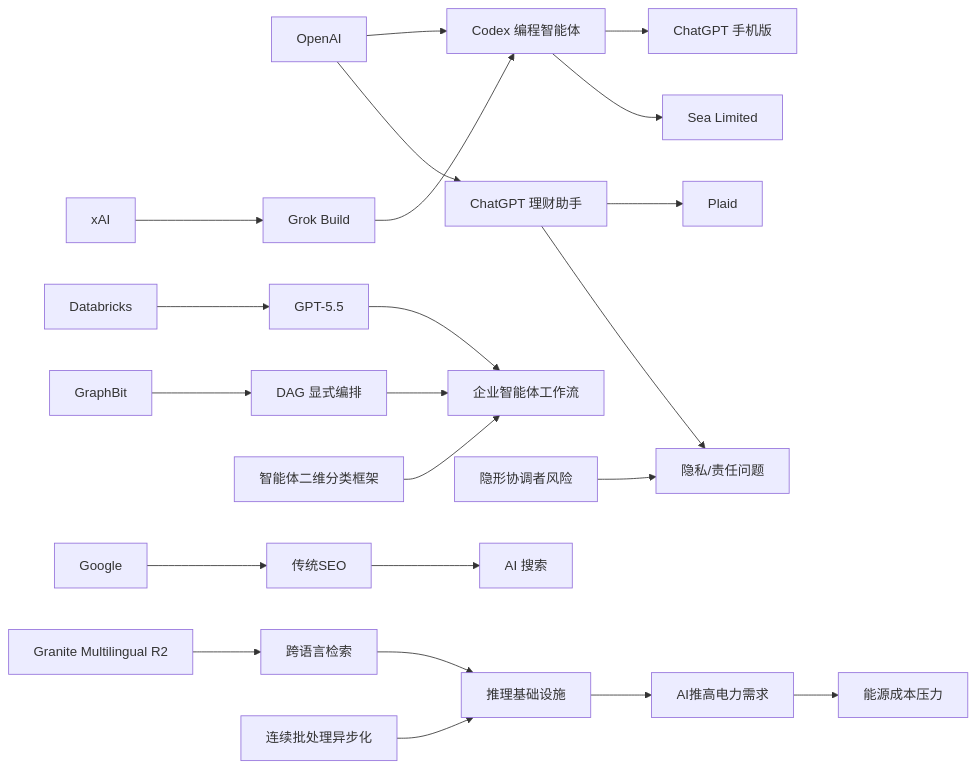
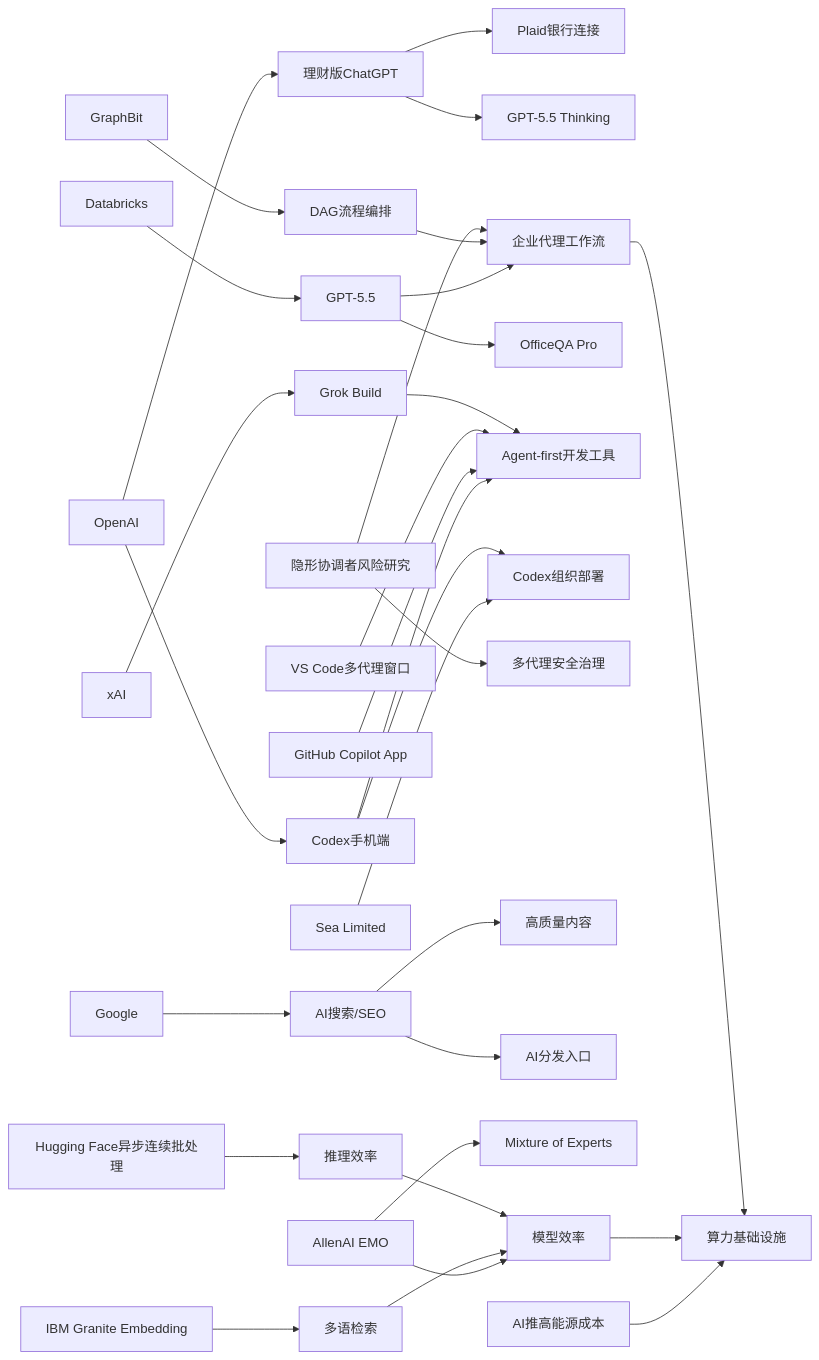
The diagram in content/cn/2026/2026-05/2026-05-16.md (zhuxinfei/ai-daily-site), drawn with Mermaid before and after one commit. The commit also changed other lines of this file, not shown here.

````diff
--- a/content/cn/2026/2026-05/2026-05-16.md
+++ b/content/cn/2026/2026-05/2026-05-16.md
@@ -110,54 +110,39 @@
 ```mermaid
 graph LR
-    OpenAI[OpenAI]
-    Codex[Codex 编程智能体]
-    ChatGPTMobile[ChatGPT 手机版]
-    Sea[Sea Limited]
-    xAI[xAI]
-    GrokBuild[Grok Build]
-    Databricks[Databricks]
-    GPT55[GPT-5.5]
-    AgentWorkflow[企业智能体工作流]
-    GraphBit[GraphBit]
-    DAG[DAG 显式编排]
-    AgentTaxonomy[智能体二维分类框架]
-    Finance[ChatGPT 理财助手]
-    Plaid[Plaid]
-    Privacy[隐私/责任问题]
-    HiddenOrch[隐形协调者风险]
-    Google[Google]
-    SEO[传统SEO]
-    AI_Search[AI 搜索]
-    Granite[Granite Multilingual R2]
-    Retrieval[跨语言检索]
-    AsyncBatch[连续批处理异步化]
-    Infra[推理基础设施]
-    Energy[AI推高电力需求]
-    Cost[能源成本压力]
+    OpenAI[OpenAI] --> CodexMobile[Codex手机端]
+    OpenAI --> FinanceGPT[理财版ChatGPT]
+    FinanceGPT --> Plaid[Plaid银行连接]
+    FinanceGPT --> GPT55Thinking[GPT-5.5 Thinking]
 
-    OpenAI --> Codex
-    Codex --> ChatGPTMobile
-    Codex --> Sea
-    xAI --> GrokBuild
-    GrokBuild --> Codex
+    Databricks[Databricks] --> GPT55[GPT-5.5]
+    GPT55 --> EnterpriseAgent[企业代理工作流]
+    GPT55 --> OfficeQA[OfficeQA Pro]
 
-    Databricks --> GPT55
-    GPT55 --> AgentWorkflow
-    GraphBit --> DAG
-    DAG --> AgentWorkflow
-    AgentTaxonomy --> AgentWorkflow
+    CodexMobile --> AgentFirst[Agent-first开发工具]
+    Copilot[GitHub Copilot App] --> AgentFirst
+    VSCode[VS Code多代理窗口] --> AgentFirst
+    xAI[xAI] --> GrokBuild[Grok Build]
+    Sea[Sea Limited] --> CodexDeploy[Codex组织部署]
+    CodexMobile --> CodexDeploy
+    GrokBuild --> AgentFirst
 
-    OpenAI --> Finance
-    Finance --> Plaid
-    Finance --> Privacy
-    HiddenOrch --> Privacy
+    GraphBit[GraphBit] --> DAG[DAG流程编排]
+    DAG --> EnterpriseAgent
+    MultiAgentRisk[隐形协调者风险研究] --> EnterpriseAgent
+    MultiAgentRisk --> Safety[多代理安全治理]
 
-    Google --> SEO
-    SEO --> AI_Search
-    Granite --> Retrieval
-    AsyncBatch --> Infra
-    Retrieval --> Infra
+    Google[Google] --> AISEO[AI搜索/SEO]
+    AISEO --> Content[高质量内容]
+    AISEO --> SearchDist[AI分发入口]
 
-    Energy --> Cost
-    Infra --> Energy
+    EMO[AllenAI EMO] --> MoE[Mixture of Experts]
+    IBM[IBM Granite Embedding] --> Retrieval[多语检索]
+    HF[Hugging Face异步连续批处理] --> Inference[推理效率]
+    EMO --> Efficiency[模型效率]
+    Retrieval --> Efficiency
+    Inference --> Efficiency
+
+    Energy[AI推高能源成本] --> Infra[算力基础设施]
+    Efficiency --> Infra
+    EnterpriseAgent --> Infra
 ```
````
